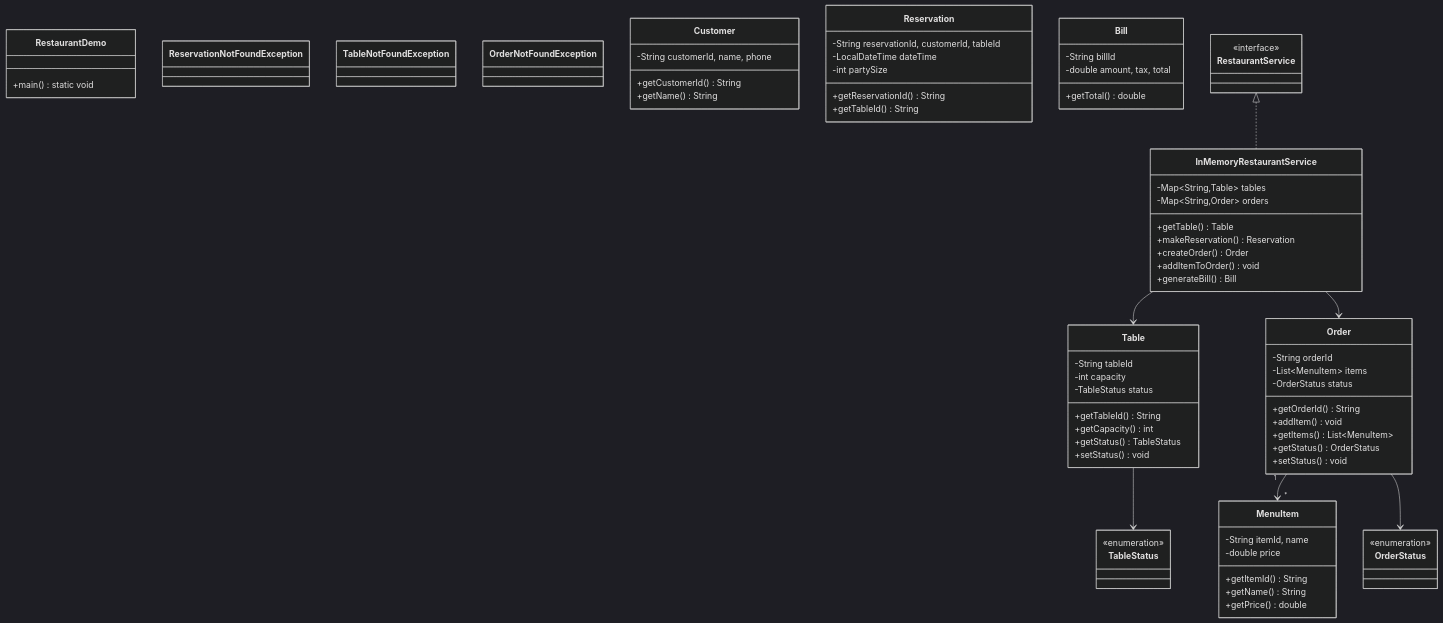
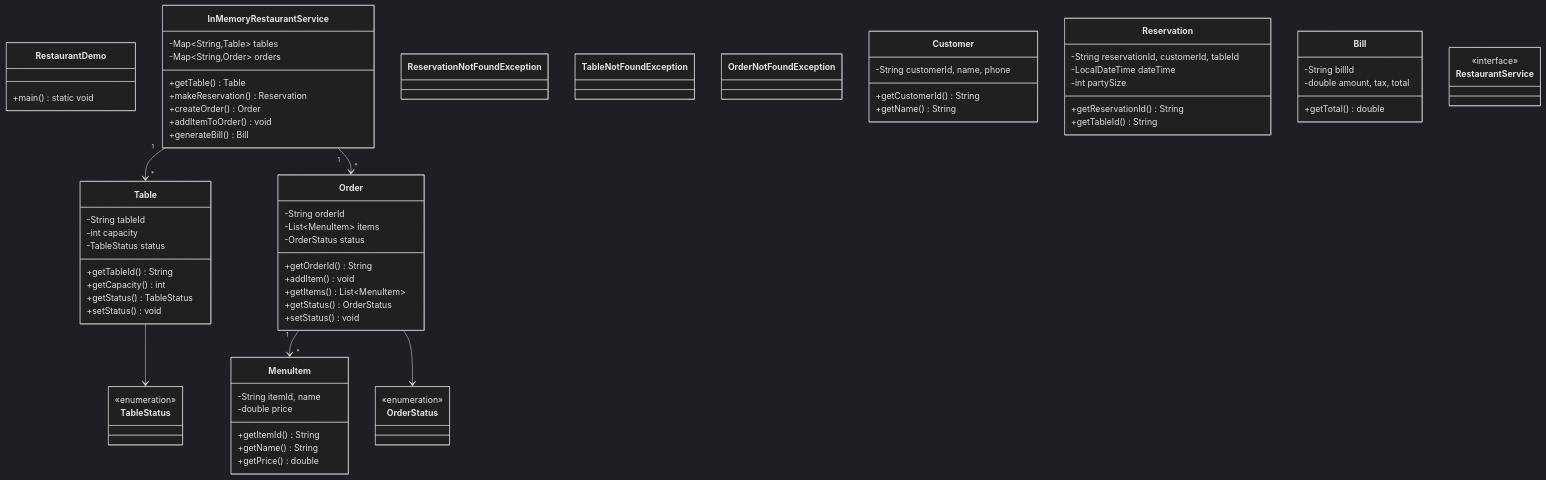
The diagram in docs/problems/restaurant/README.md (dlkr18/lld-playbook), drawn with Mermaid (dark theme) before and after one commit. The commit also changed 119 other files, not shown here.

First line of the commit message:
feat: add comprehensive relationships to all class diagrams

```diff
--- a/docs/problems/restaurant/README.md
+++ b/docs/problems/restaurant/README.md
@@ -154,9 +154,8 @@
     class RestaurantService
     <<interface>> RestaurantService
 
-    RestaurantService <|.. InMemoryRestaurantService
-    InMemoryRestaurantService --> Table
-    InMemoryRestaurantService --> Order
+    InMemoryRestaurantService "1" --> "*" Table
+    InMemoryRestaurantService "1" --> "*" Order
     Order "1" --> "*" MenuItem
     Order --> OrderStatus
     Table --> TableStatus
```
